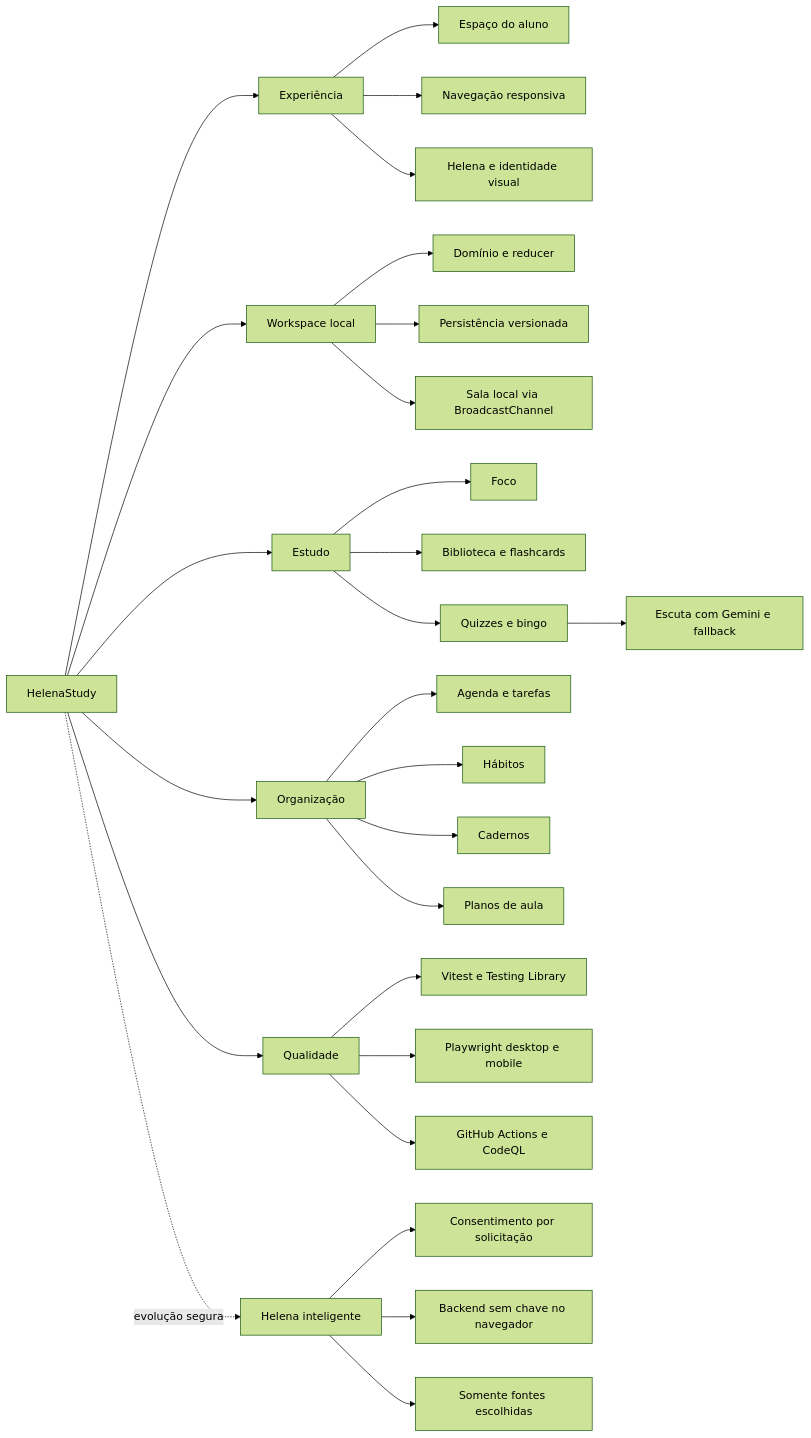
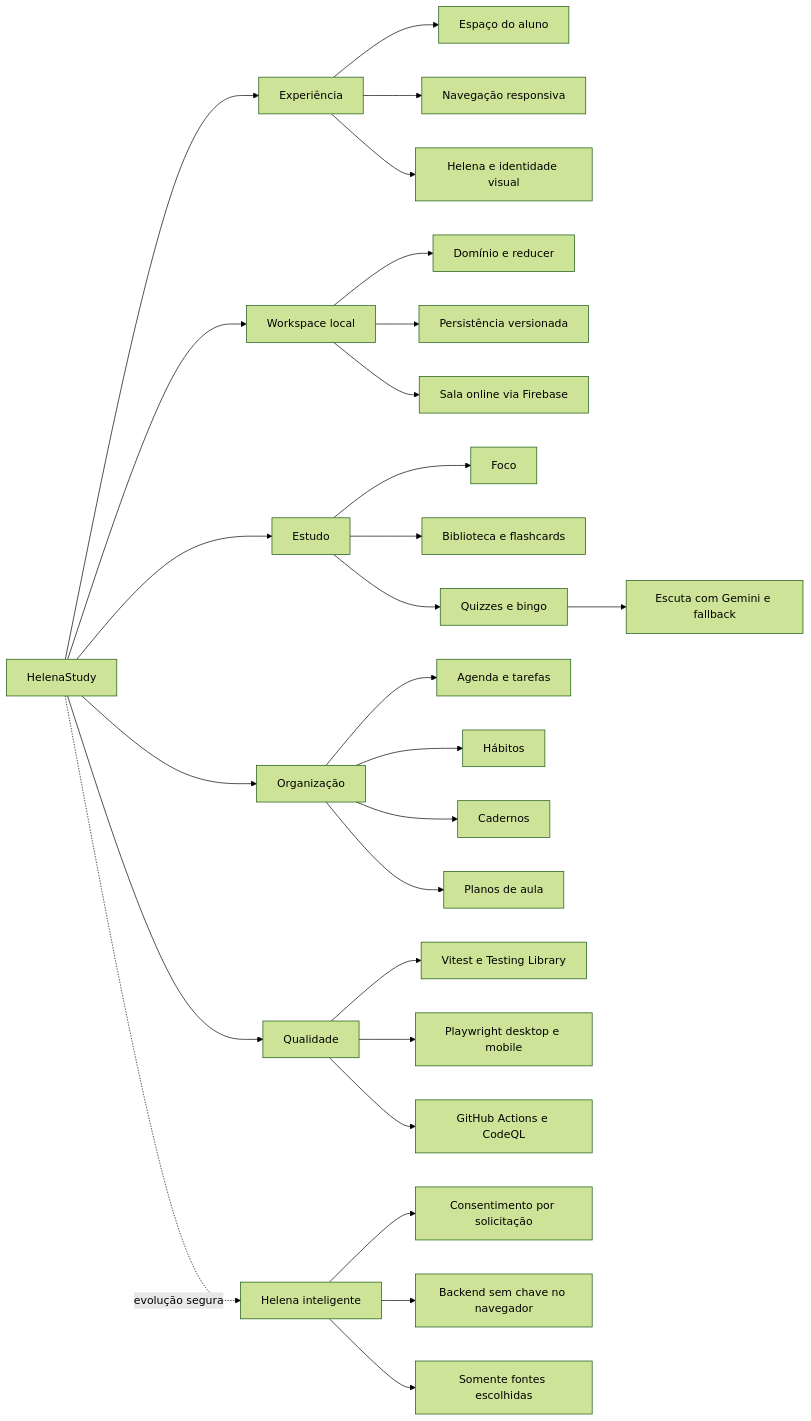
The diagram in docs/SECOND_BRAIN.md (olive644/helenastudy), drawn with Mermaid (forest theme) before and after one commit. The commit also changed other lines of this file and 15 other files, not shown here.

````diff
--- a/docs/SECOND_BRAIN.md
+++ b/docs/SECOND_BRAIN.md
@@ -53,35 +57,35 @@
 ```mermaid
 flowchart LR
   HS[HelenaStudy] --> UX[Experiência]
   HS --> DATA[Workspace local]
   HS --> STUDY[Estudo]
   HS --> ORG[Organização]
   HS --> QUALITY[Qualidade]
   HS -. evolução segura .-> INTEL[Helena inteligente]
 
   UX --> TODAY[Espaço do aluno]
   UX --> NAV[Navegação responsiva]
   UX --> BRAND[Helena e identidade visual]
 
   DATA --> DOMAIN[Domínio e reducer]
   DATA --> STORAGE[Persistência versionada]
-  DATA --> ROOM[Sala local via BroadcastChannel]
+  DATA --> ROOM[Sala online via Firebase]
 
   STUDY --> FOCUS[Foco]
   STUDY --> LIB[Biblioteca e flashcards]
   STUDY --> PRACTICE[Quizzes e bingo]
   PRACTICE --> LISTEN[Escuta com Gemini e fallback]
 
   ORG --> PLAN[Agenda e tarefas]
   ORG --> HABITS[Hábitos]
   ORG --> NOTES[Cadernos]
   ORG --> LESSON[Planos de aula]
 
   QUALITY --> UNIT[Vitest e Testing Library]
   QUALITY --> E2E[Playwright desktop e mobile]
   QUALITY --> CI[GitHub Actions e CodeQL]
 
   INTEL --> CONSENT[Consentimento por solicitação]
   INTEL --> BACKEND[Backend sem chave no navegador]
   INTEL --> SOURCES[Somente fontes escolhidas]
 ```
````
